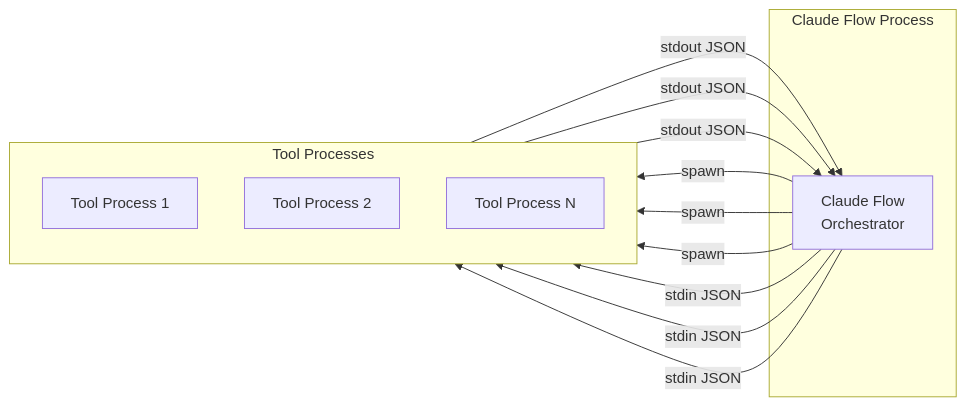
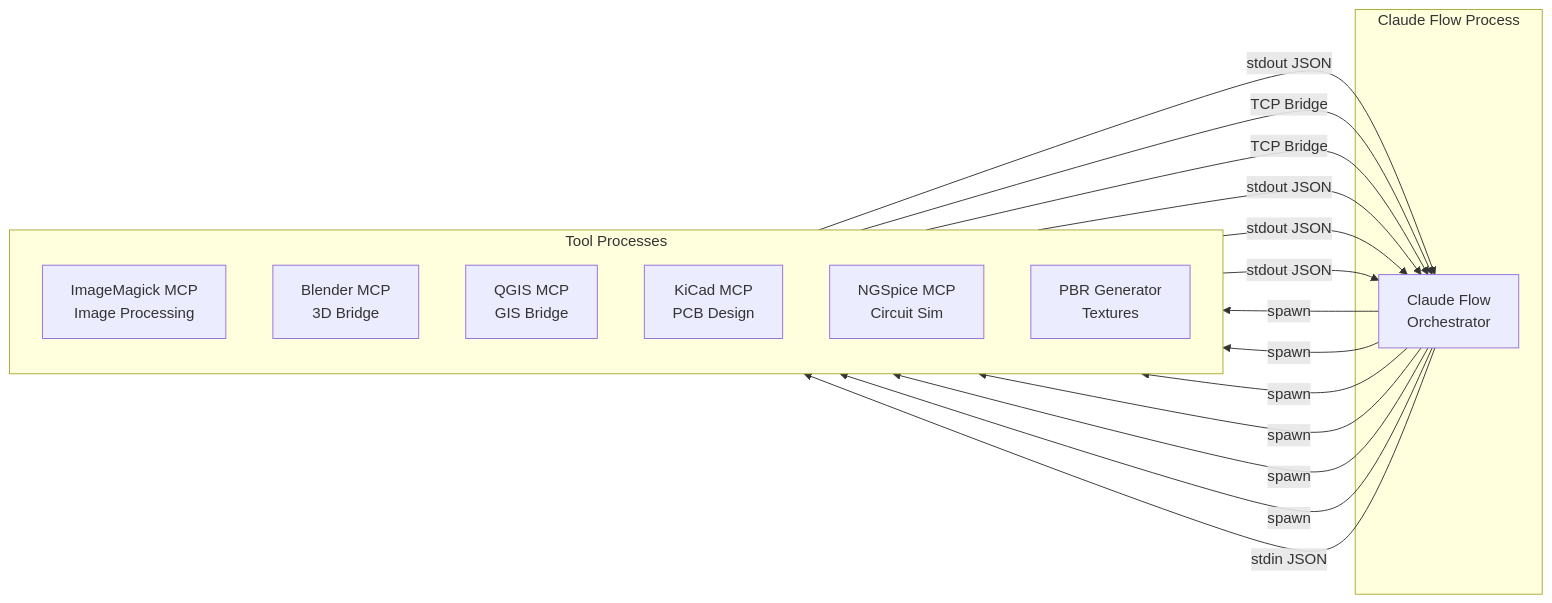
One commit to DreamLab-AI/multi-agent-docker changed the third of 7 diagrams in ARCHITECTURE.md. Above: the diagram before and after it, drawn with Mermaid. The commit also changed other lines of this file and 163 other files, not shown here.

Commit message:
added the PBR generator locally for testing

````diff
--- a/ARCHITECTURE.md
+++ b/ARCHITECTURE.md
@@ -98,26 +99,33 @@
 ```mermaid
 graph LR
     subgraph "Claude Flow Process"
         CF[Claude Flow<br/>Orchestrator]
     end
 
     subgraph "Tool Processes"
         direction TB
-        TOOL1[Tool Process 1]
-        TOOL2[Tool Process 2]
-        TOOL3[Tool Process N]
+        IMG[ImageMagick MCP<br/>Image Processing]
+        BLEND[Blender MCP<br/>3D Bridge]
+        QGIS[QGIS MCP<br/>GIS Bridge]
+        KICAD[KiCad MCP<br/>PCB Design]
+        NGSPICE[NGSpice MCP<br/>Circuit Sim]
+        PBR[PBR Generator<br/>Textures]
     end
 
-    CF -->|spawn| TOOL1
-    CF -->|spawn| TOOL2
-    CF -->|spawn| TOOL3
+    CF -->|spawn| IMG
+    CF -->|spawn| BLEND
+    CF -->|spawn| QGIS
+    CF -->|spawn| KICAD
+    CF -->|spawn| NGSPICE
+    CF -->|spawn| PBR
 
-    TOOL1 -->|stdout JSON| CF
-    CF -->|stdin JSON| TOOL1
+    IMG -->|stdout JSON| CF
+    CF -->|stdin JSON| IMG
 
-    TOOL2 -->|stdout JSON| CF
-    CF -->|stdin JSON| TOOL2
-
-    TOOL3 -->|stdout JSON| CF
-    CF -->|stdin JSON| TOOL3
+    BLEND -->|TCP Bridge| CF
+    QGIS -->|TCP Bridge| CF
+    
+    KICAD -->|stdout JSON| CF
+    NGSPICE -->|stdout JSON| CF
+    PBR -->|stdout JSON| CF
 ```
````
